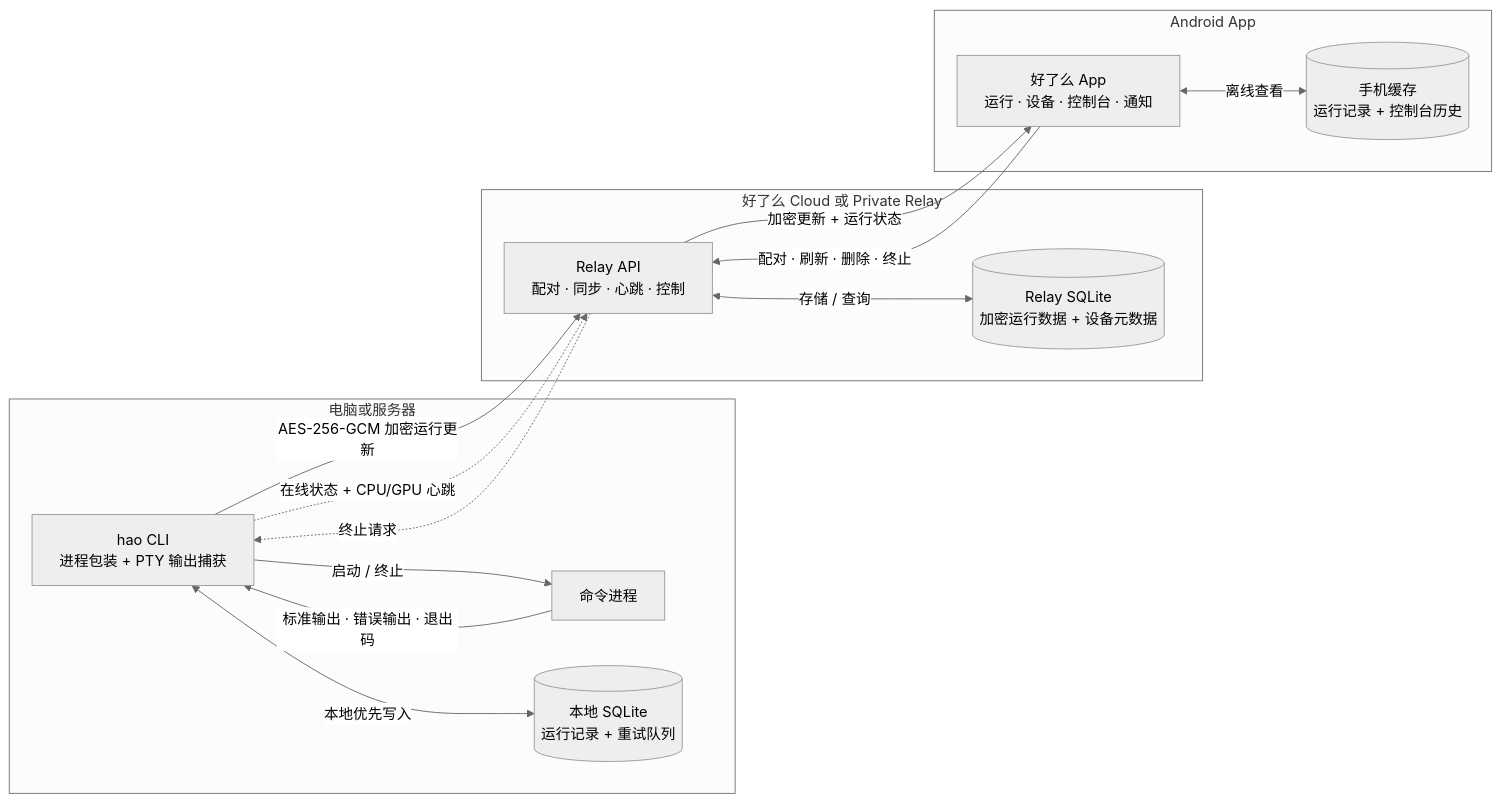
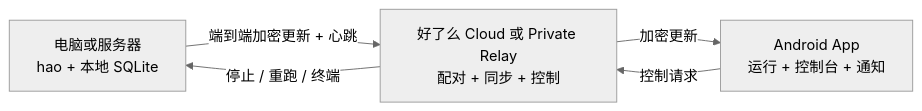
One commit to HaolemeApp/Haoleme changed the diagram in README_CN.md. Above: the diagram before and after it, drawn with Mermaid (neutral theme). The commit also changed other lines of this file and 1 other file, not shown here.

````diff
--- a/README_CN.md
+++ b/README_CN.md
@@ -128,29 +116,10 @@
 ```mermaid
 flowchart LR
-  subgraph Host["电脑或服务器"]
-    CLI["hao CLI<br/>进程包装 + PTY 输出捕获"]
-    PROC["命令进程"]
-    LOCAL[("本地 SQLite<br/>运行记录 + 重试队列")]
-    CLI -->|"启动 / 终止"| PROC
-    PROC -->|"标准输出 · 错误输出 · 退出码"| CLI
-    CLI <-->|"本地优先写入"| LOCAL
-  end
-
-  subgraph Relay["好了么 Cloud 或 Private Relay"]
-    API["Relay API<br/>配对 · 同步 · 心跳 · 控制"]
-    CLOUD[("Relay SQLite<br/>加密运行数据 + 设备元数据")]
-    API <-->|"存储 / 查询"| CLOUD
-  end
-
-  subgraph Mobile["Android App"]
-    APP["好了么 App<br/>运行 · 设备 · 控制台 · 通知"]
-    CACHE[("手机缓存<br/>运行记录 + 控制台历史")]
-    APP <-->|"离线查看"| CACHE
-  end
-
-  CLI -->|"AES-256-GCM 加密运行更新"| API
-  CLI -.->|"在线状态 + CPU/GPU 心跳"| API
-  API -->|"加密更新 + 运行状态"| APP
-  APP -->|"配对 · 刷新 · 删除 · 终止"| API
-  API -.->|"终止请求"| CLI
+  HOST["电脑或服务器<br/>hao + 本地 SQLite"]
+  RELAY["好了么 Cloud 或 Private Relay<br/>配对 + 同步 + 控制"]
+  APP["Android App<br/>运行 + 控制台 + 通知"]
+  HOST -->|"端到端加密更新 + 心跳"| RELAY
+  RELAY -->|"加密更新"| APP
+  APP -->|"控制请求"| RELAY
+  RELAY -->|"停止 / 重跑 / 终端"| HOST
 ```
````
